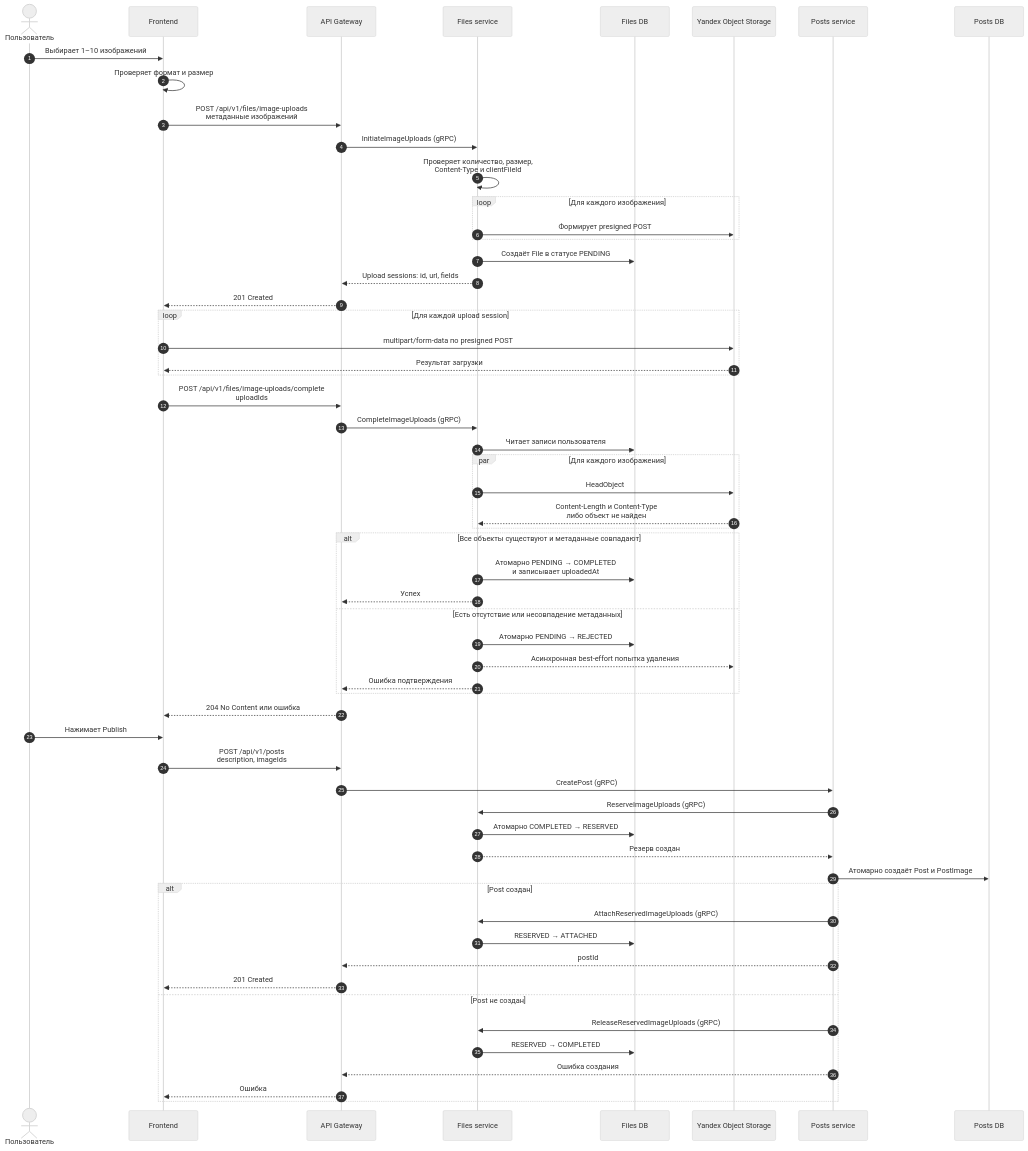
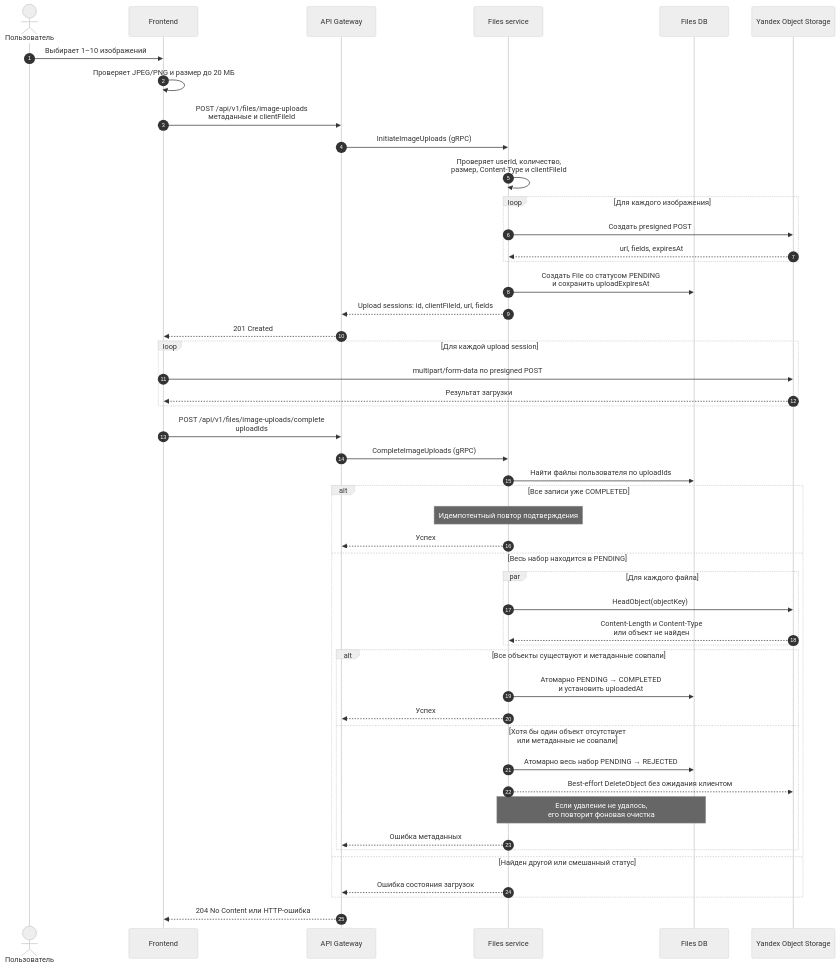
One commit to Inctargam/remarkgram-backend changed the first of 3 diagrams in docs/architecture/image-upload-lifecycle.md. Above: the diagram before and after it, drawn with Mermaid (neutral theme). The commit also changed other lines of this file, not shown here.

Commit message:
docs(architecture): document image and post workflows

````diff
--- a/docs/architecture/image-upload-lifecycle.md
+++ b/docs/architecture/image-upload-lifecycle.md
@@ -7,65 +8,58 @@
 ```mermaid
 sequenceDiagram
     autonumber
     actor User as Пользователь
     participant Frontend
     participant Gateway as API Gateway
     participant Files as Files service
     participant FilesDB as Files DB
     participant S3 as Yandex Object Storage
-    participant Posts as Posts service
-    participant PostsDB as Posts DB
 
     User->>Frontend: Выбирает 1–10 изображений
-    Frontend->>Frontend: Проверяет формат и размер
-    Frontend->>Gateway: POST /api/v1/files/image-uploads<br/>метаданные изображений
+    Frontend->>Frontend: Проверяет JPEG/PNG и размер до 20 МБ
+    Frontend->>Gateway: POST /api/v1/files/image-uploads<br/>метаданные и clientFileId
     Gateway->>Files: InitiateImageUploads (gRPC)
-    Files->>Files: Проверяет количество, размер,<br/>Content-Type и clientFileId
+    Files->>Files: Проверяет userId, количество,<br/>размер, Content-Type и clientFileId
+
     loop Для каждого изображения
-        Files->>S3: Формирует presigned POST
+        Files->>S3: Создать presigned POST
+        S3-->>Files: url, fields, expiresAt
     end
-    Files->>FilesDB: Создаёт File в статусе PENDING
-    Files-->>Gateway: Upload sessions: id, url, fields
+
+    Files->>FilesDB: Создать File со статусом PENDING<br/>и сохранить uploadExpiresAt
+    Files-->>Gateway: Upload sessions: id, clientFileId, url, fields
     Gateway-->>Frontend: 201 Created
 
     loop Для каждой upload session
         Frontend->>S3: multipart/form-data по presigned POST
         S3-->>Frontend: Результат загрузки
     end
 
     Frontend->>Gateway: POST /api/v1/files/image-uploads/complete<br/>uploadIds
     Gateway->>Files: CompleteImageUploads (gRPC)
-    Files->>FilesDB: Читает записи пользователя
-    par Для каждого изображения
-        Files->>S3: HeadObject
-        S3-->>Files: Content-Length и Content-Type<br/>либо объект не найден
+    Files->>FilesDB: Найти файлы пользователя по uploadIds
+
+    alt Все записи уже COMPLETED
+        Note over Files: Идемпотентный повтор подтверждения
+        Files-->>Gateway: Успех
+    else Весь набор находится в PENDING
+        par Для каждого файла
+            Files->>S3: HeadObject(objectKey)
+            S3-->>Files: Content-Length и Content-Type<br/>или объект не найден
+        end
+
+        alt Все объекты существуют и метаданные совпали
+            Files->>FilesDB: Атомарно PENDING → COMPLETED<br/>и установить uploadedAt
+            Files-->>Gateway: Успех
+        else Хотя бы один объект отсутствует<br/>или метаданные не совпали
+            Files->>FilesDB: Атомарно весь набор PENDING → REJECTED
+            Files-->>S3: Best-effort DeleteObject без ожидания клиентом
+            Note over Files,FilesDB: Если удаление не удалось,<br/>его повторит фоновая очистка
+            Files-->>Gateway: Ошибка метаданных
+        end
+    else Найден другой или смешанный статус
+        Files-->>Gateway: Ошибка состояния загрузок
     end
-    alt Все объекты существуют и метаданные совпадают
-        Files->>FilesDB: Атомарно PENDING → COMPLETED<br/>и записывает uploadedAt
-        Files-->>Gateway: Успех
-    else Есть отсутствие или несовпадение метаданных
-        Files->>FilesDB: Атомарно PENDING → REJECTED
-        Files-->>S3: Асинхронная best-effort попытка удаления
-        Files-->>Gateway: Ошибка подтверждения
-    end
-    Gateway-->>Frontend: 204 No Content или ошибка
 
-    User->>Frontend: Нажимает Publish
-    Frontend->>Gateway: POST /api/v1/posts<br/>description, imageIds
-    Gateway->>Posts: CreatePost (gRPC)
-    Posts->>Files: ReserveImageUploads (gRPC)
-    Files->>FilesDB: Атомарно COMPLETED → RESERVED
-    Files-->>Posts: Резерв создан
-    Posts->>PostsDB: Атомарно создаёт Post и PostImage
-    alt Post создан
-        Posts->>Files: AttachReservedImageUploads (gRPC)
-        Files->>FilesDB: RESERVED → ATTACHED
-        Posts-->>Gateway: postId
-        Gateway-->>Frontend: 201 Created
-    else Post не создан
-        Posts->>Files: ReleaseReservedImageUploads (gRPC)
-        Files->>FilesDB: RESERVED → COMPLETED
-        Posts-->>Gateway: Ошибка создания
-        Gateway-->>Frontend: Ошибка
-    end
+    Gateway-->>Frontend: 204 No Content или HTTP-ошибка
 ```
````
